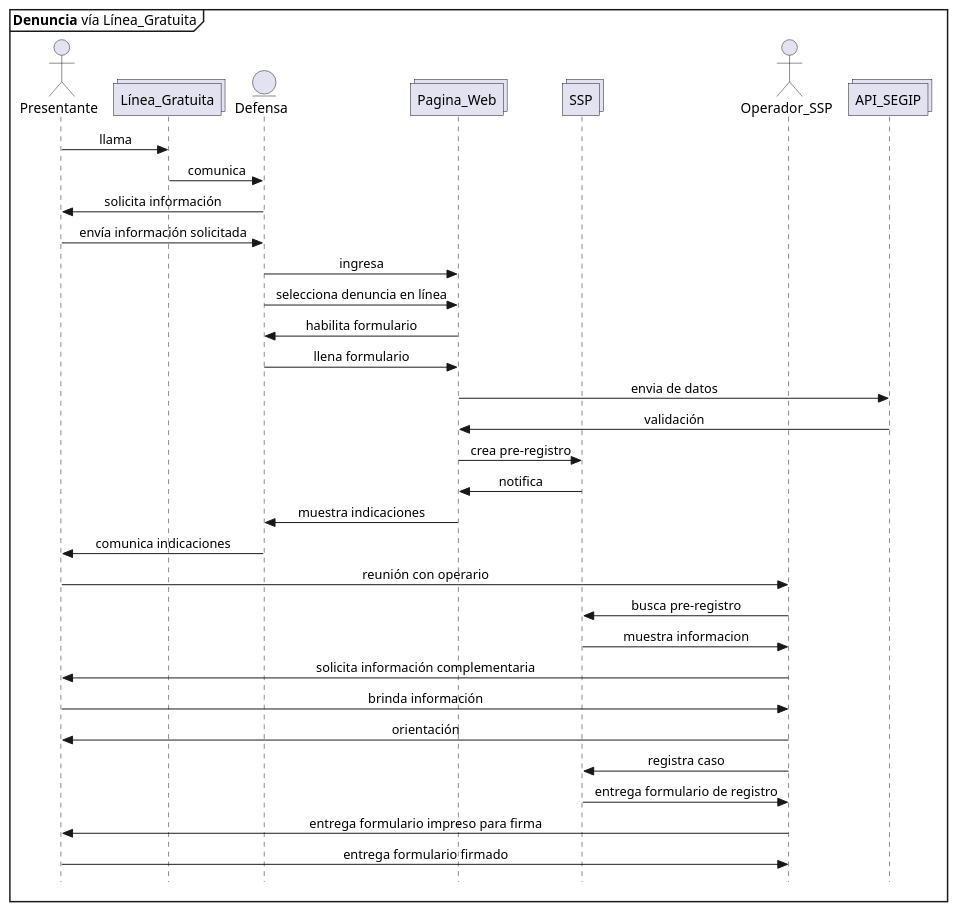
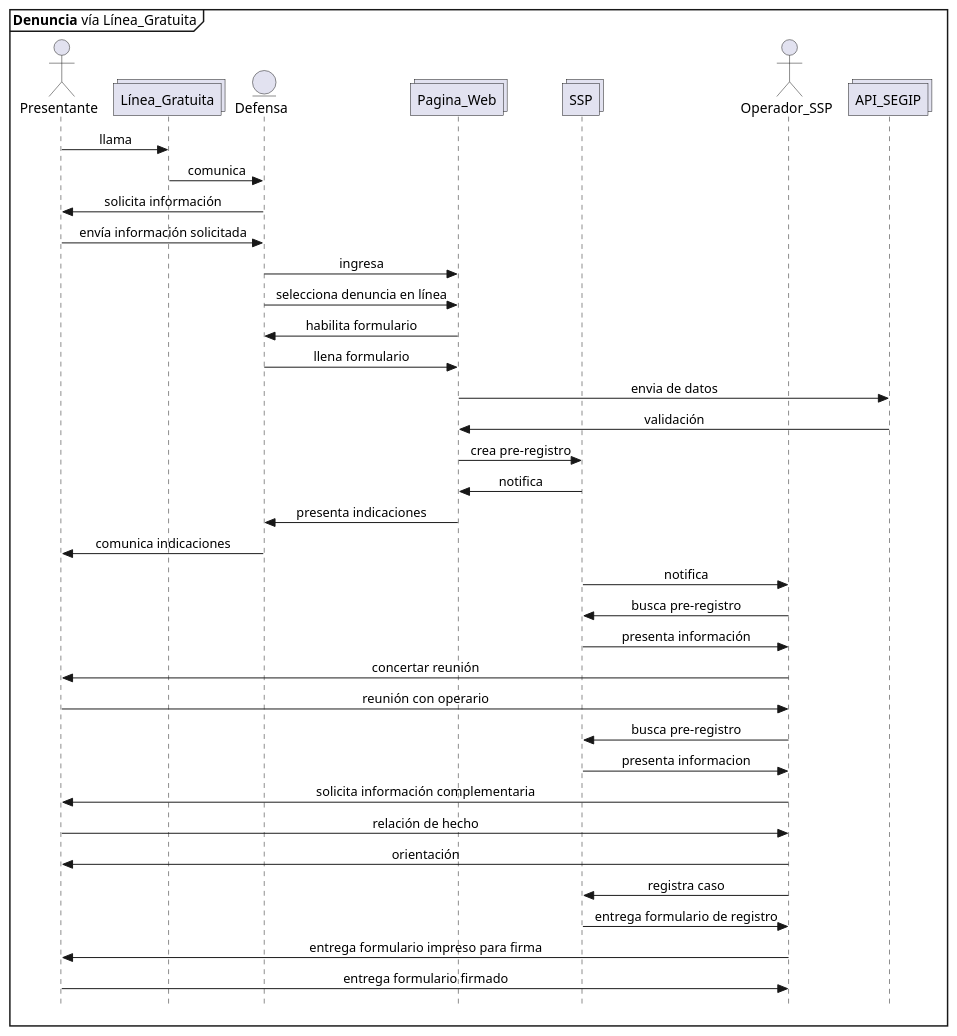
One commit to n1m0d0/defdiag changed the diagram in propuesta SSP/03 denuncia telefonica.plantuml. Above: the diagram before and after it, drawn with PlantUML. The commit also changed 14 other files, not shown here.

Commit message:
ajustes a los diagramas

```diff
--- a/propuesta SSP/03 denuncia telefonica.plantuml
+++ b/propuesta SSP/03 denuncia telefonica.plantuml
@@ -1,41 +1,45 @@
 @startuml Denuncia_Linea_Gratuita
 skinparam Style strictuml
 skinparam SequenceMessageAlignment center
 
 mainframe **Denuncia** vía Línea_Gratuita
 
 actor Presentante as pre
 collections Línea_Gratuita
 entity Defensa as def
 collections Pagina_Web as web
 collections SSP 
 actor Operador_SSP as opssp
 collections API_SEGIP as segip
 
 
 pre -> Línea_Gratuita : llama
 Línea_Gratuita -> def : comunica
 def -> pre : solicita información
 pre -> def : envía información solicitada
 def -> web : ingresa
 def -> web : selecciona denuncia en línea
 web -> def : habilita formulario
 def -> web : llena formulario
 web -> segip : envia de datos
 segip -> web : validación 
 web->SSP : crea pre-registro
 SSP->web : notifica
-web->def : muestra indicaciones
+web->def : presenta indicaciones
 def->pre : comunica indicaciones
+SSP->opssp : notifica
+opssp->SSP : busca pre-registro
+SSP->opssp : presenta información
+opssp->pre : concertar reunión
 pre->opssp : reunión con operario
 opssp->SSP : busca pre-registro
-SSP->opssp : muestra informacion
+SSP->opssp : presenta informacion
 opssp -> pre : solicita información complementaria
-pre->opssp : brinda información
+pre->opssp : relación de hecho
 opssp->pre : orientación
 opssp->SSP : registra caso
 SSP->opssp : entrega formulario de registro
 opssp->pre : entrega formulario impreso para firma
 pre->opssp : entrega formulario firmado
 
 @enduml
```
